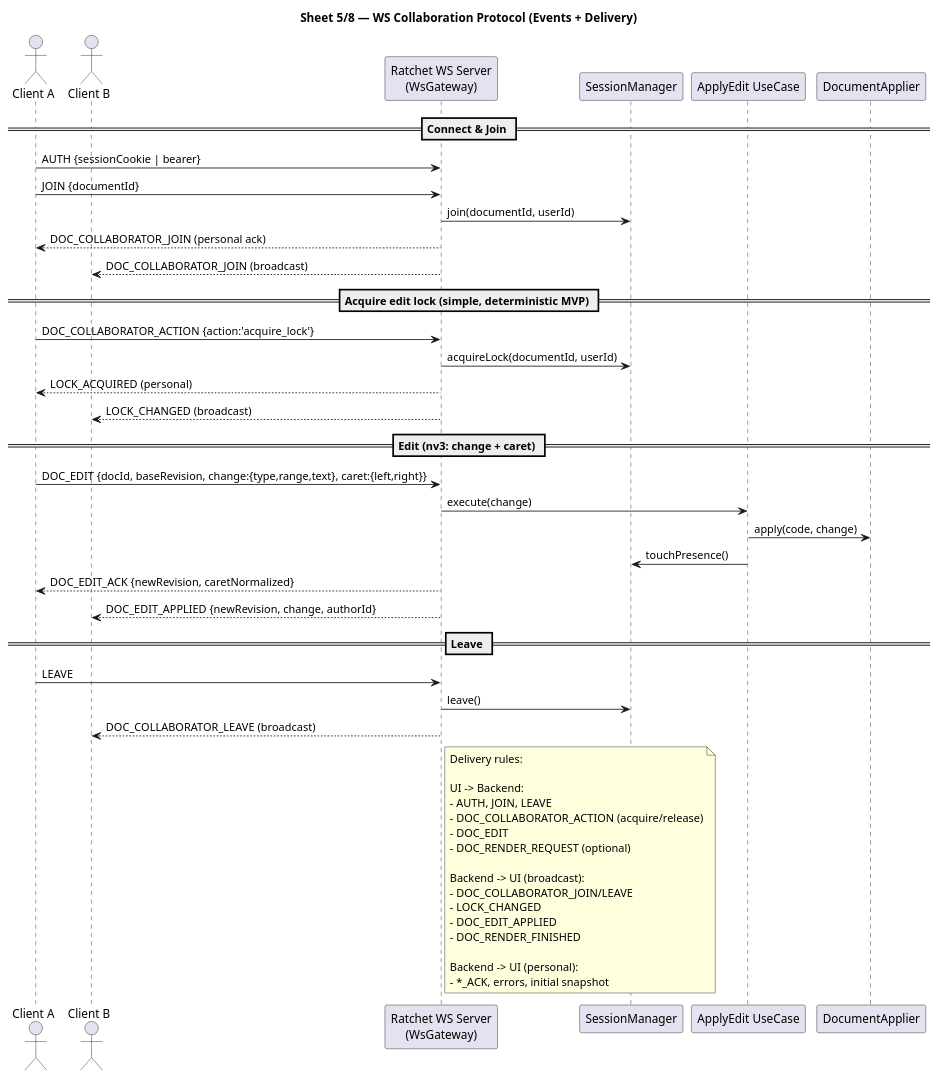
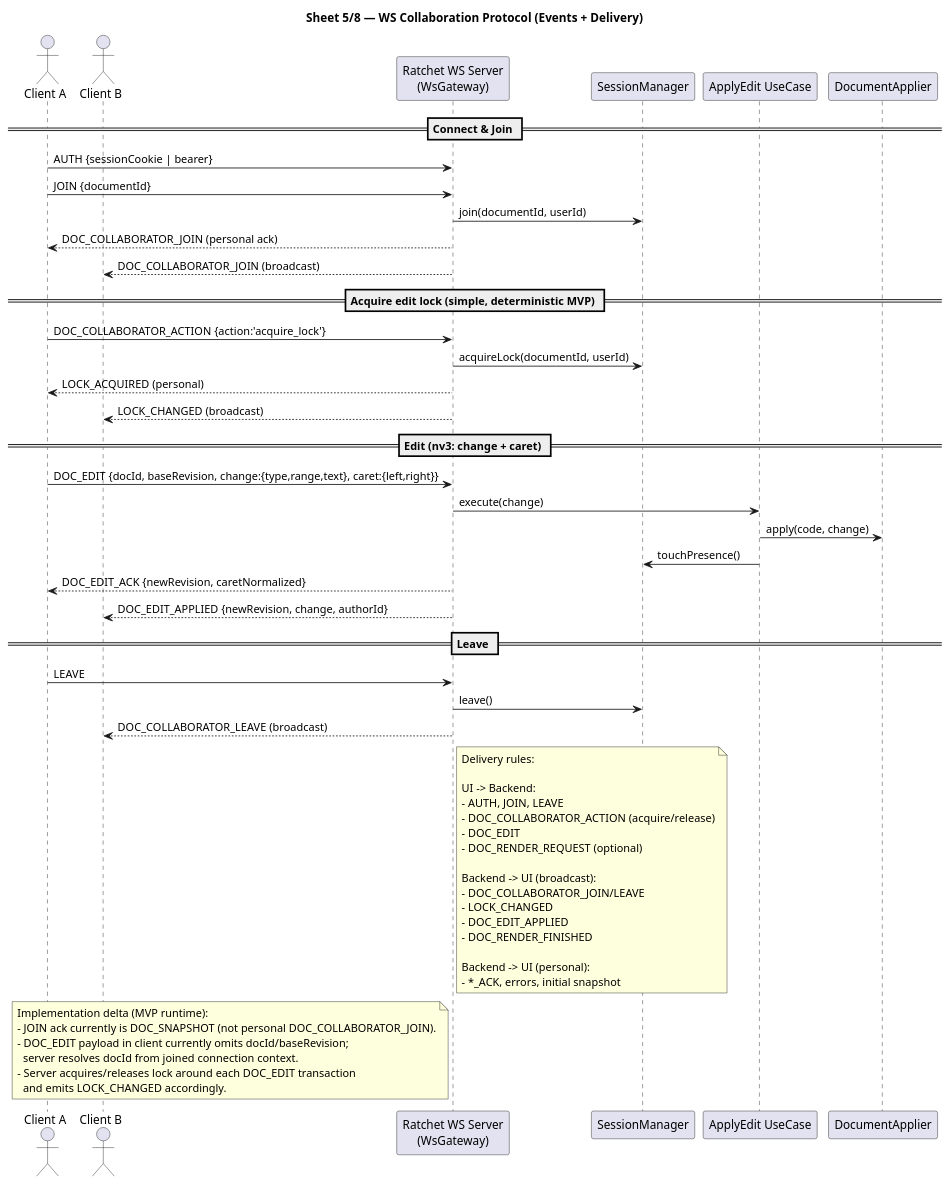
The diagram in docs/websocket.puml (proger4/plantuml), drawn with PlantUML before and after one commit. The commit also changed 10 other files, not shown here.

```diff
--- a/docs/websocket.puml
+++ b/docs/websocket.puml
@@ -1,56 +1,65 @@
 @startuml
 title Sheet 5/8 — WS Collaboration Protocol (Events + Delivery)
 
 actor "Client A" as A
 actor "Client B" as B
 participant "Ratchet WS Server\n(WsGateway)" as W
 participant "SessionManager" as SM
 participant "ApplyEdit UseCase" as U5
 participant "DocumentApplier" as DA
 
 == Connect & Join ==
 A -> W : AUTH {sessionCookie | bearer}
 A -> W : JOIN {documentId}
 W -> SM : join(documentId, userId)
 W --> A : DOC_COLLABORATOR_JOIN (personal ack)
 W --> B : DOC_COLLABORATOR_JOIN (broadcast)
 
 == Acquire edit lock (simple, deterministic MVP) ==
 A -> W : DOC_COLLABORATOR_ACTION {action:'acquire_lock'}
 W -> SM : acquireLock(documentId, userId)
 W --> A : LOCK_ACQUIRED (personal)
 W --> B : LOCK_CHANGED (broadcast)
 
 == Edit (nv3: change + caret) ==
 A -> W : DOC_EDIT {docId, baseRevision, change:{type,range,text}, caret:{left,right}}
 W -> U5 : execute(change)
 U5 -> DA : apply(code, change)
 U5 -> SM : touchPresence()
 W --> A : DOC_EDIT_ACK {newRevision, caretNormalized}
 W --> B : DOC_EDIT_APPLIED {newRevision, change, authorId}
 
 == Leave ==
 A -> W : LEAVE
 W -> SM : leave()
 W --> B : DOC_COLLABORATOR_LEAVE (broadcast)
 
 note right of W
 Delivery rules:
 
 UI -> Backend:
 - AUTH, JOIN, LEAVE
 - DOC_COLLABORATOR_ACTION (acquire/release)
 - DOC_EDIT
 - DOC_RENDER_REQUEST (optional)
 
 Backend -> UI (broadcast):
 - DOC_COLLABORATOR_JOIN/LEAVE
 - LOCK_CHANGED
 - DOC_EDIT_APPLIED
 - DOC_RENDER_FINISHED
 
 Backend -> UI (personal):
 - *_ACK, errors, initial snapshot
 end note
 
+note left of W
+Implementation delta (MVP runtime):
+- JOIN ack currently is DOC_SNAPSHOT (not personal DOC_COLLABORATOR_JOIN).
+- DOC_EDIT payload in client currently omits docId/baseRevision;
+  server resolves docId from joined connection context.
+- Server acquires/releases lock around each DOC_EDIT transaction
+  and emits LOCK_CHANGED accordingly.
+end note
+
 @enduml
```
